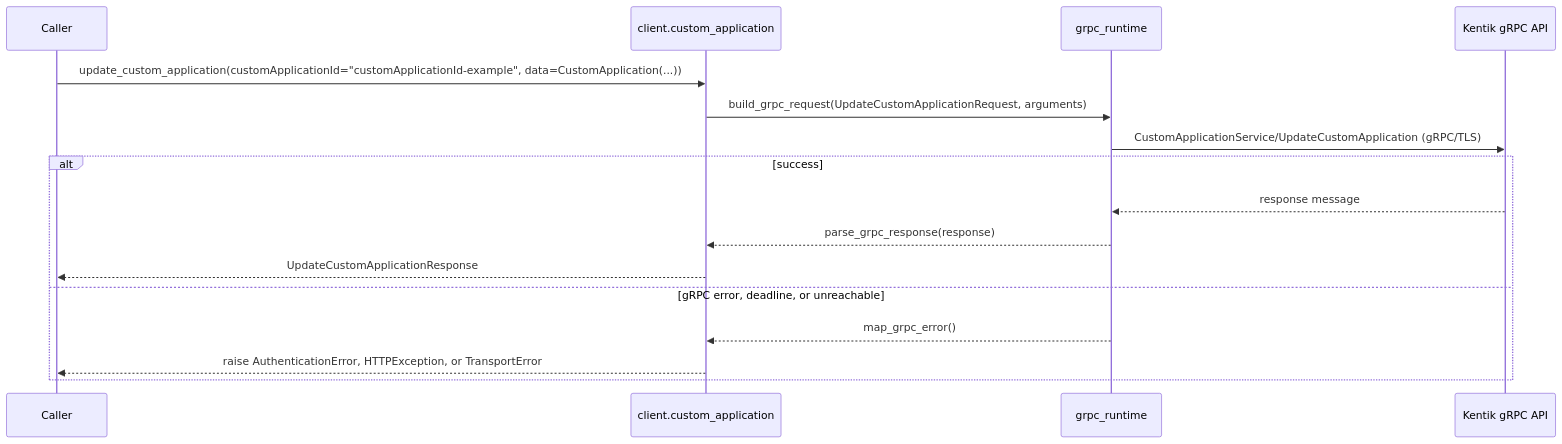
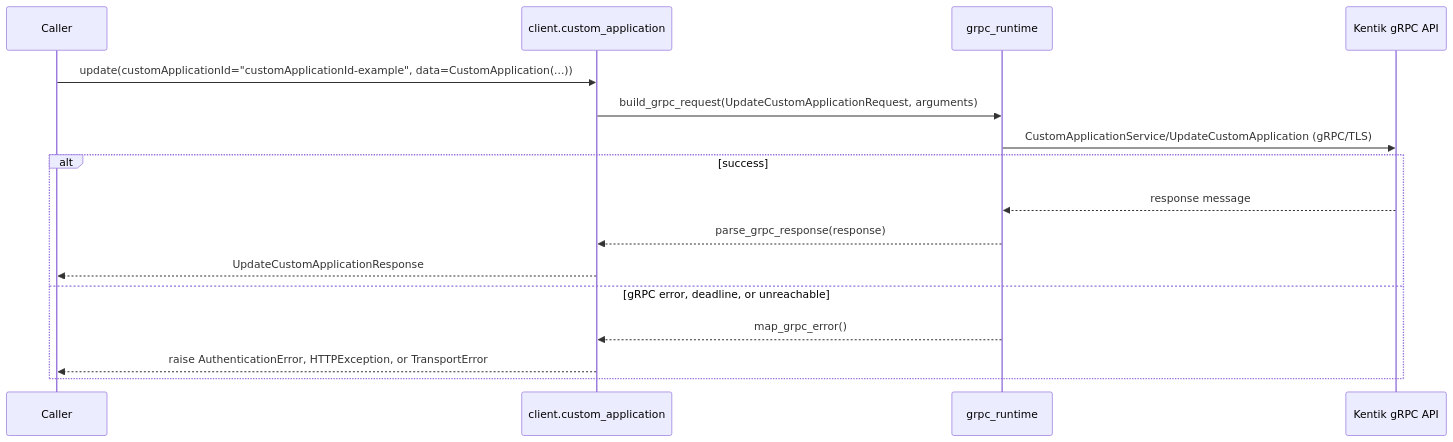
Before and after one commit to alexdearaujo/community_sdk_python: the ninth of 12 diagrams in docs/sphinx/services/custom_application.md, drawn with Mermaid. The commit also changed other lines of this file and 119 other files, not shown here.

````diff
--- a/docs/sphinx/services/custom_application.md
+++ b/docs/sphinx/services/custom_application.md
@@ -280,19 +280,19 @@
 ```mermaid
 sequenceDiagram
     participant C as Caller
     participant W as client.custom_application
     participant R as grpc_runtime
     participant API as Kentik gRPC API
 
-    C->>W: update_custom_application(customApplicationId="customApplicationId-example", data=CustomApplication(...))
+    C->>W: update(customApplicationId="customApplicationId-example", data=CustomApplication(...))
     W->>R: build_grpc_request(UpdateCustomApplicationRequest, arguments)
     R->>API: CustomApplicationService/UpdateCustomApplication (gRPC/TLS)
     alt success
         API-->>R: response message
         R-->>W: parse_grpc_response(response)
         W-->>C: UpdateCustomApplicationResponse
     else gRPC error, deadline, or unreachable
         R-->>W: map_grpc_error()
         W-->>C: raise AuthenticationError, HTTPException, or TransportError
     end
 ```
````
